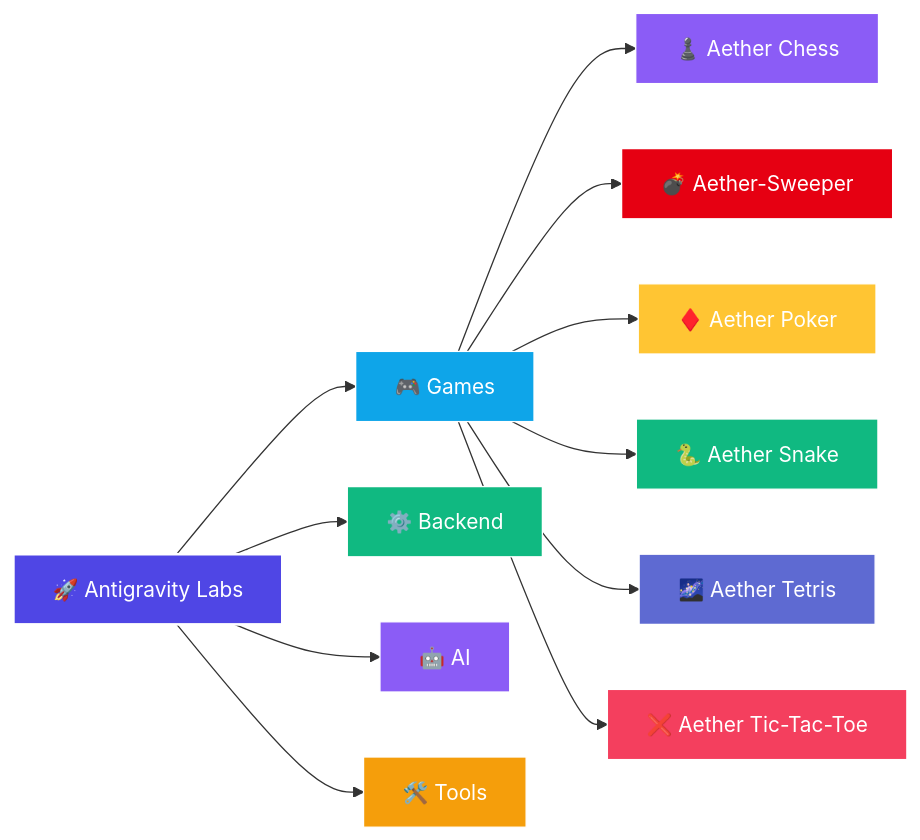
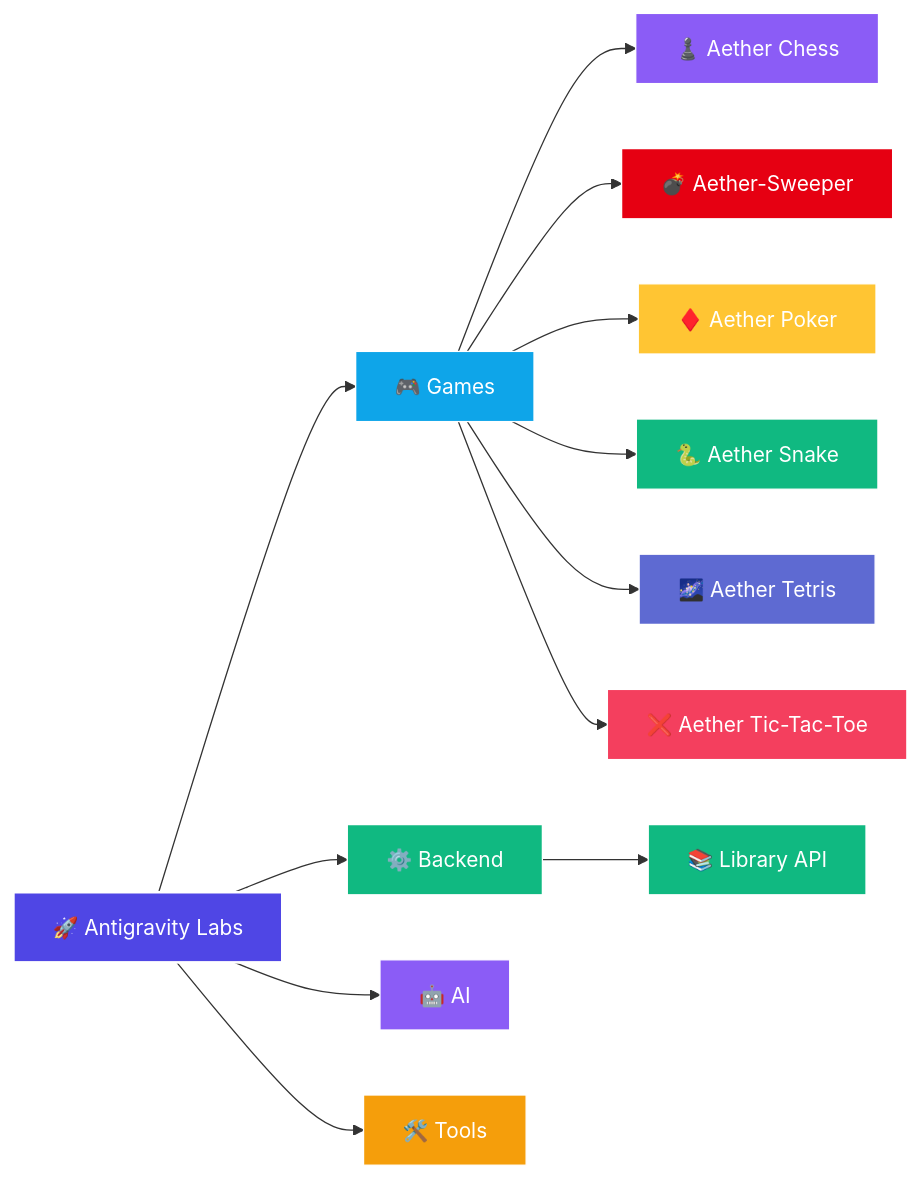
The diagram in README.md (Leturnos/antigravity-labs), drawn with Mermaid before and after one commit. The commit also changed other lines of this file and 19 other files, not shown here.

Commit message:
feat(backend): add library management API and update gitignore

````diff
--- a/README.md
+++ b/README.md
@@ -28,28 +29,31 @@
 ```mermaid
 flowchart LR
     Root["🚀 Antigravity Labs"]
 
     Root --> Games["🎮 Games"]
     Root --> Backend["⚙️ Backend"]
     Root --> AI["🤖 AI"]
     Root --> Tools["🛠️ Tools"]
 
     Games --> Chess["♟️ Aether Chess"]
     Games --> Sweeper["💣 Aether-Sweeper"]
     Games --> Poker["♦️ Aether Poker"]
     Games --> Snake["🐍 Aether Snake"]
     Games --> Tetris["🌌 Aether Tetris"]
     Games --> TicTacToe["❌ Aether Tic-Tac-Toe"]
 
+    Backend --> LibraryAPI["📚 Library API"]
+
     style Root fill:#4f46e5,stroke:#fff,stroke-width:2px,color:#fff
     style Games fill:#0ea5e9,stroke:#fff,stroke-width:1px,color:#fff
     style Backend fill:#10b981,stroke:#fff,stroke-width:1px,color:#fff
     style AI fill:#8b5cf6,stroke:#fff,stroke-width:1px,color:#fff
     style Tools fill:#f59e0b,stroke:#fff,stroke-width:1px,color:#fff
     style Chess fill:#8b5cf6,stroke:#fff,stroke-width:1px,color:#fff
     style Sweeper fill:#e60012,stroke:#fff,stroke-width:1px,color:#fff
     style Poker fill:#ffc533,stroke:#fff,stroke-width:1px,color:#fff
     style Snake fill:#10b981,stroke:#fff,stroke-width:1px,color:#fff
     style Tetris fill:#5e6ad2,stroke:#fff,stroke-width:1px,color:#fff
     style TicTacToe fill:#f43f5e,stroke:#fff,stroke-width:1px,color:#fff
+    style LibraryAPI fill:#10b981,stroke:#fff,stroke-width:1px,color:#fff
 ```
````
